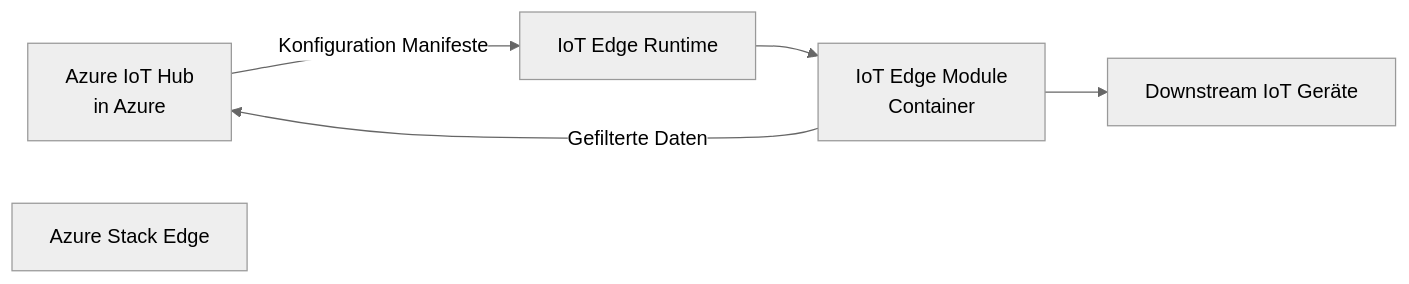
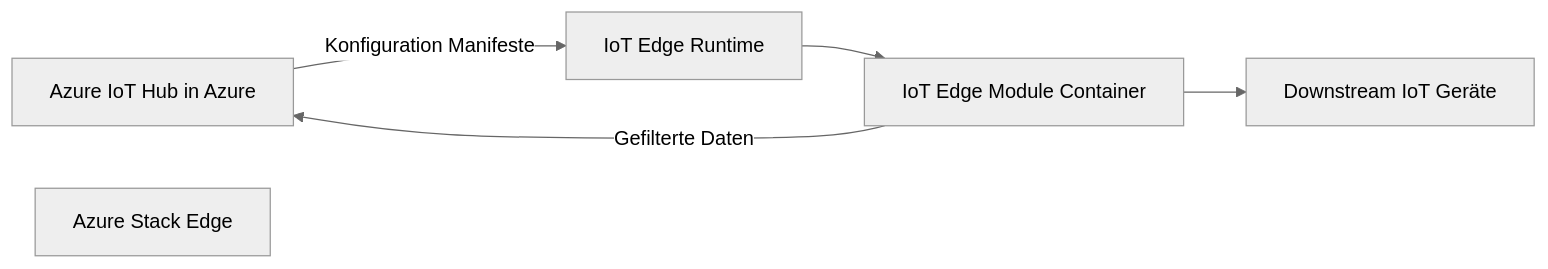
The fourth of 12 diagrams in Microsoft 365/Azure/Arc/Azure Stack Edge.md (SoniiiT/notes-n-docs), drawn with Mermaid (neutral theme) before and after one commit. The commit also changed other lines of this file and 124 other files, not shown here.

First line of the commit message:
fix: Entferne \n aus allen Mermaid-Diagrammen (125 Dateien)

````diff
--- a/Microsoft 365/Azure/Arc/Azure Stack Edge.md
+++ b/Microsoft 365/Azure/Arc/Azure Stack Edge.md
@@ -162,13 +162,13 @@
 ```mermaid
 graph LR
-    IOT_HUB[Azure IoT Hub\nin Azure]
+    IOT_HUB[Azure IoT Hub in Azure]
     ASE[Azure Stack Edge]
     IOTEDGE_RT[IoT Edge Runtime]
-    MODULES[IoT Edge Module\nContainer]
+    MODULES[IoT Edge Module Container]
     DEVICES[Downstream IoT Geräte]
 
     IOT_HUB -->|Konfiguration Manifeste| IOTEDGE_RT
     IOTEDGE_RT --> MODULES
     MODULES --> DEVICES
     MODULES -->|Gefilterte Daten| IOT_HUB
 ```
````
